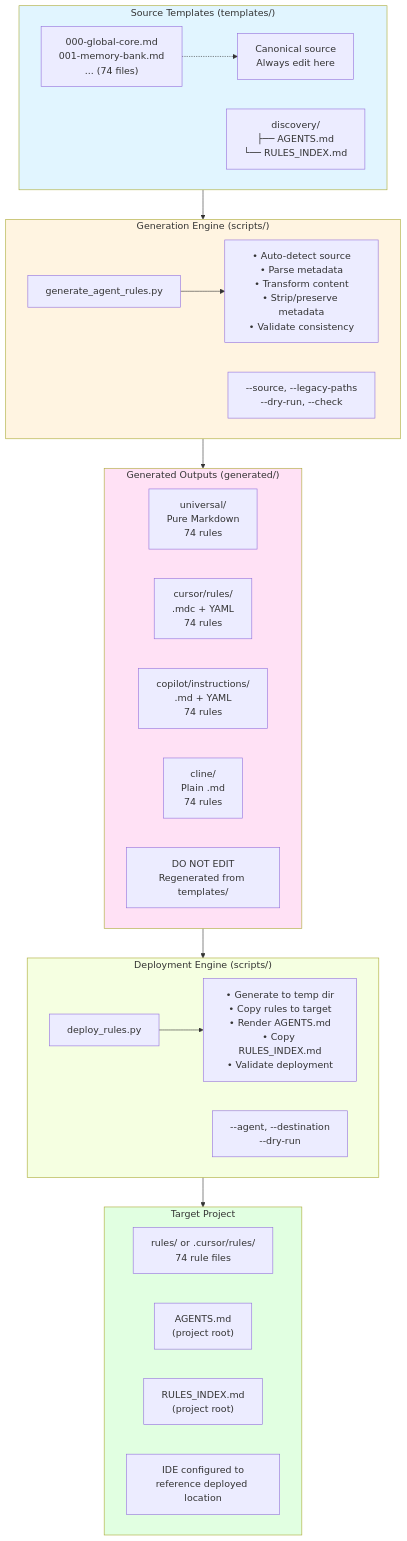
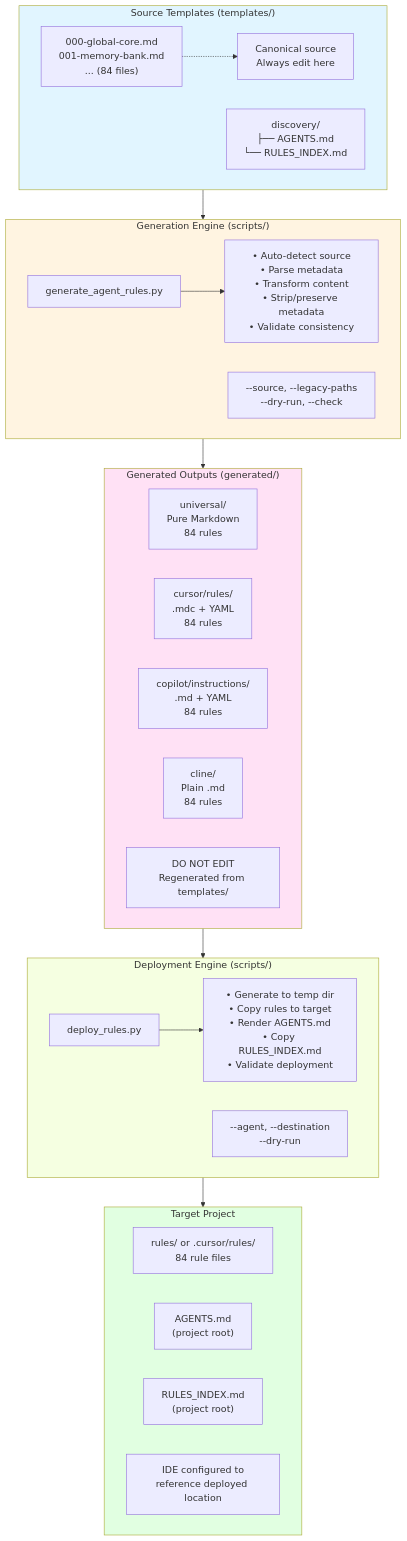
The first of 5 diagrams in docs/ARCHITECTURE.md (sfc-gh-myoung/ai_coding_rules), drawn with Mermaid before and after one commit. The commit also changed other lines of this file and 28 other files, not shown here.

````diff
--- a/docs/ARCHITECTURE.md
+++ b/docs/ARCHITECTURE.md
@@ -160,48 +161,48 @@
 ```mermaid
 flowchart TD
     subgraph Source["Source Templates (templates/)"]
-        T1["000-global-core.md<br/>001-memory-bank.md<br/>... (74 files)"]
+        T1["000-global-core.md<br/>001-memory-bank.md<br/>... (84 files)"]
         D1["discovery/<br/>├── AGENTS.md<br/>└── RULES_INDEX.md"]
         T1 -.-> Note1["Canonical source<br/>Always edit here"]
     end
 
     subgraph Generator["Generation Engine (scripts/)"]
         G1["generate_agent_rules.py"]
         G2["• Auto-detect source<br/>• Parse metadata<br/>• Transform content<br/>• Strip/preserve metadata<br/>• Validate consistency"]
         G1 --> G2
         G3["--source, --legacy-paths<br/>--dry-run, --check"]
     end
 
     subgraph Generated["Generated Outputs (generated/)"]
-        U["universal/<br/>Pure Markdown<br/>74 rules"]
-        C["cursor/rules/<br/>.mdc + YAML<br/>74 rules"]
-        CO["copilot/instructions/<br/>.md + YAML<br/>74 rules"]
-        CL["cline/<br/>Plain .md<br/>74 rules"]
+        U["universal/<br/>Pure Markdown<br/>84 rules"]
+        C["cursor/rules/<br/>.mdc + YAML<br/>84 rules"]
+        CO["copilot/instructions/<br/>.md + YAML<br/>84 rules"]
+        CL["cline/<br/>Plain .md<br/>84 rules"]
         Note2["DO NOT EDIT<br/>Regenerated from templates/"]
     end
 
     subgraph Deployer["Deployment Engine (scripts/)"]
         DP1["deploy_rules.py"]
         DP2["• Generate to temp dir<br/>• Copy rules to target<br/>• Render AGENTS.md<br/>• Copy RULES_INDEX.md<br/>• Validate deployment"]
         DP1 --> DP2
         DP3["--agent, --destination<br/>--dry-run"]
     end
 
     subgraph Target["Target Project"]
-        TR["rules/ or .cursor/rules/<br/>74 rule files"]
+        TR["rules/ or .cursor/rules/<br/>84 rule files"]
         TA["AGENTS.md<br/>(project root)"]
         TI["RULES_INDEX.md<br/>(project root)"]
         TC["IDE configured to<br/>reference deployed location"]
     end
 
     Source --> Generator
     Generator --> Generated
     Generated --> Deployer
     Deployer --> Target
 
     style Source fill:#e1f5ff
     style Generator fill:#fff4e1
     style Generated fill:#ffe1f5
     style Deployer fill:#f5ffe1
     style Target fill:#e1ffe1
 ```
````
